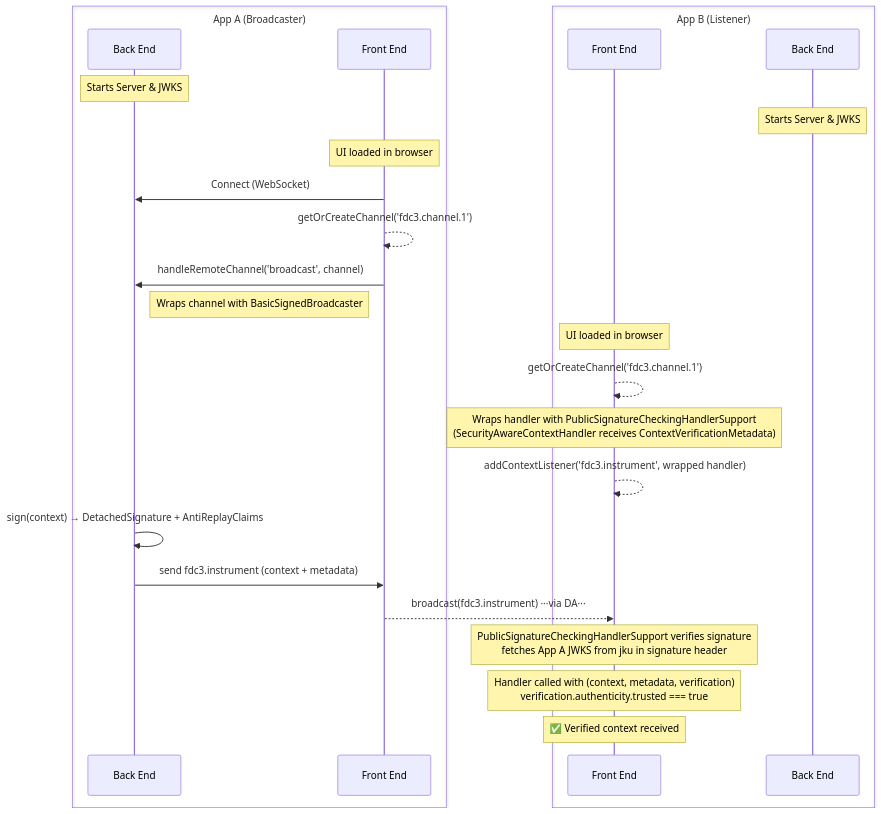
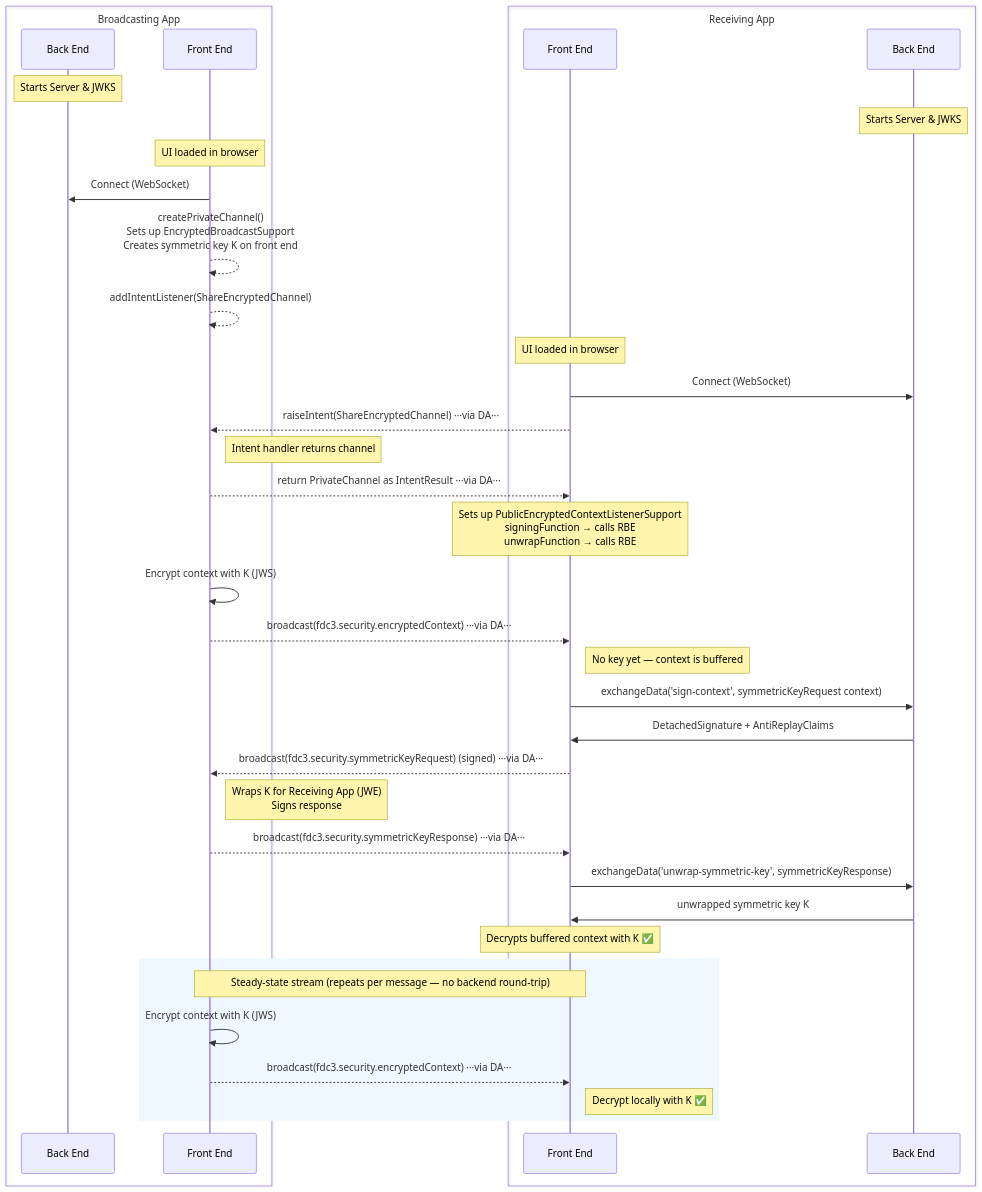
The third of 5 diagrams in packages/fdc3-security/samples/README.md (finos/FDC3), drawn with Mermaid before and after one commit.

Commit message:
Improving fdc3-security samples diagrams bassed on feedback

````diff
--- a/packages/fdc3-security/samples/README.md
+++ b/packages/fdc3-security/samples/README.md
@@ -143,33 +150,48 @@
 ```mermaid
 sequenceDiagram
-    box App A (Broadcaster)
-        participant ABE as Back End
-        participant AFE as Front End
+    box Broadcasting App
+        participant BBE as Back End
+        participant BFE as Front End
     end
-    box App B (Listener)
-        participant BFE as Front End
-        participant BBE as Back End
+    box Receiving App
+        participant RFE as Front End
+        participant RBE as Back End
     end
 
-    Note over ABE: Starts Server & JWKS
     Note over BBE: Starts Server & JWKS
-
-    Note over AFE: UI loaded in browser
-    AFE->>ABE: Connect (WebSocket)
-    AFE-->>AFE: getOrCreateChannel('fdc3.channel.1')
-    AFE->>ABE: handleRemoteChannel('broadcast', channel)
-    Note right of ABE: Wraps channel with BasicSignedBroadcaster
+    Note over RBE: Starts Server & JWKS
 
     Note over BFE: UI loaded in browser
-    BFE-->>BFE: getOrCreateChannel('fdc3.channel.1')
-    Note over BFE: Wraps handler with PublicSignatureCheckingHandlerSupport<br/>(SecurityAwareContextHandler receives ContextVerificationMetadata)
-    BFE-->>BFE: addContextListener('fdc3.instrument', wrapped handler)
+    BFE->>BBE: Connect (WebSocket)
+    BFE-->>BFE: createPrivateChannel()<br/>Sets up EncryptedBroadcastSupport<br/>Creates symmetric key K on front end
+    BFE-->>BFE: addIntentListener(ShareEncryptedChannel)
 
-    ABE->>ABE: sign(context) → DetachedSignature + AntiReplayClaims
-    ABE->>AFE: send fdc3.instrument (context + metadata)
-    AFE-->>BFE: broadcast(fdc3.instrument) ···via DA···
+    Note over RFE: UI loaded in browser
+    RFE->>RBE: Connect (WebSocket)
+    RFE-->>BFE: raiseIntent(ShareEncryptedChannel) ···via DA···
+    Note right of BFE: Intent handler returns channel
+    BFE-->>RFE: return PrivateChannel as IntentResult ···via DA···
 
-    Note over BFE: PublicSignatureCheckingHandlerSupport verifies signature<br/>fetches App A JWKS from jku in signature header
-    Note over BFE: Handler called with (context, metadata, verification)<br/>verification.authenticity.trusted === true
-    Note over BFE: ✅ Verified context received
+    Note over RFE: Sets up PublicEncryptedContextListenerSupport<br/>signingFunction → calls RBE<br/>unwrapFunction → calls RBE
+
+    BFE->>BFE: Encrypt context with K (JWS)
+    BFE-->>RFE: broadcast(fdc3.security.encryptedContext) ···via DA···
+    Note right of RFE: No key yet — context is buffered
+
+    RFE->>RBE: exchangeData('sign-context', symmetricKeyRequest context)
+    RBE->>RFE: DetachedSignature + AntiReplayClaims
+    RFE-->>BFE: broadcast(fdc3.security.symmetricKeyRequest) (signed) ···via DA···
+    Note right of BFE: Wraps K for Receiving App (JWE)<br/>Signs response
+    BFE-->>RFE: broadcast(fdc3.security.symmetricKeyResponse) ···via DA···
+
+    RFE->>RBE: exchangeData('unwrap-symmetric-key', symmetricKeyResponse)
+    RBE->>RFE: unwrapped symmetric key K
+    Note over RFE: Decrypts buffered context with K ✅
+
+    rect rgb(240, 248, 255)
+    Note over BFE,RFE: Steady-state stream (repeats per message — no backend round-trip)
+    BFE->>BFE: Encrypt context with K (JWS)
+    BFE-->>RFE: broadcast(fdc3.security.encryptedContext) ···via DA···
+    Note right of RFE: Decrypt locally with K ✅
+    end
 ```
````
